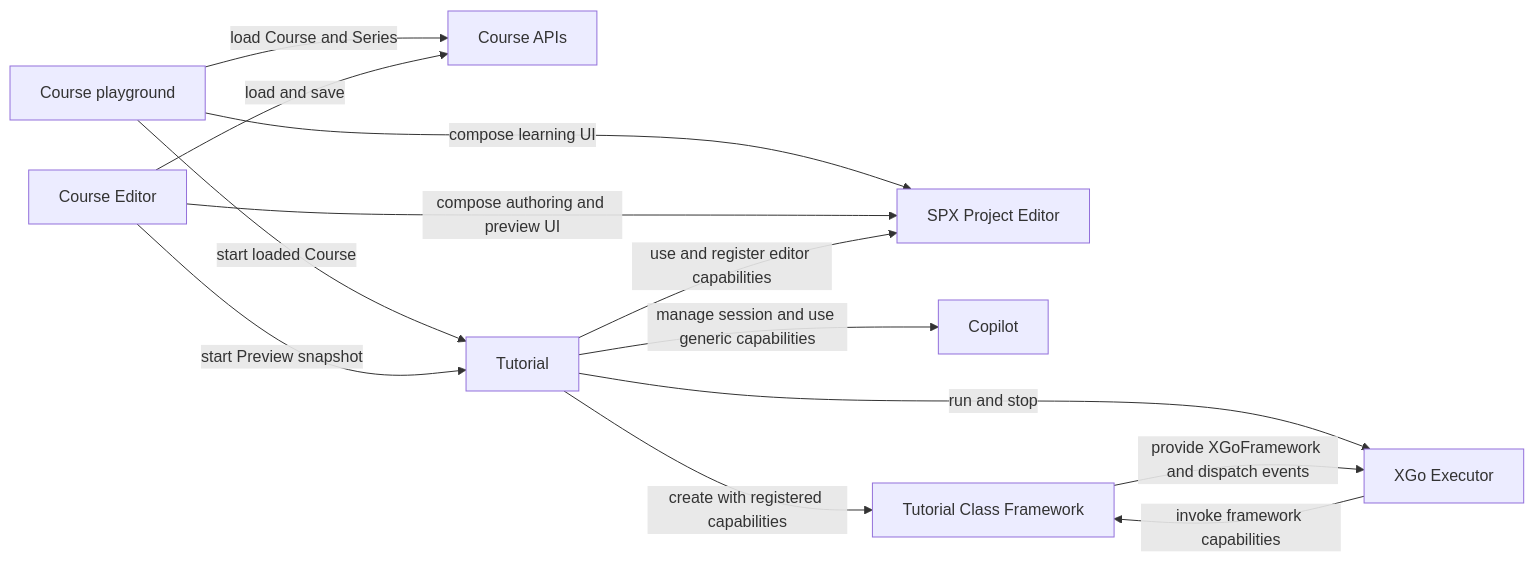
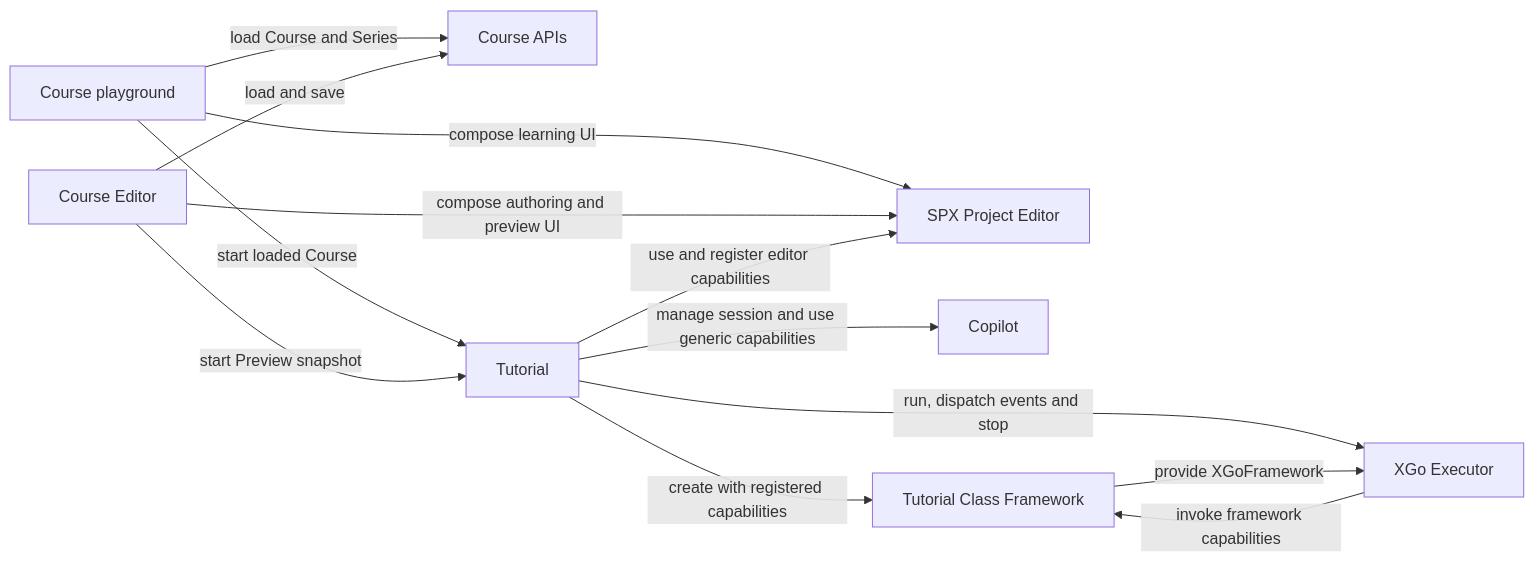
One commit to nighca/goplus-builder changed the diagram in docs/develop/tutorial-v2/index.md. Above: the diagram before and after it, drawn with Mermaid. The commit also changed other lines of this file and 2 other files, not shown here.

Commit message:
docs: refine tutorial v2 contracts

````diff
--- a/docs/develop/tutorial-v2/index.md
+++ b/docs/develop/tutorial-v2/index.md
@@ -96,18 +96,18 @@
 ```mermaid
 flowchart LR
     CoursePlayground["Course playground"] -->|load Course and Series| CourseApis["Course APIs"]
     CoursePlayground -->|compose learning UI| ProjectEditor["SPX Project Editor"]
     CoursePlayground -->|start loaded Course| Tutorial
 
     CourseEditor["Course Editor"] -->|load and save| CourseApis
     CourseEditor -->|compose authoring and preview UI| ProjectEditor
     CourseEditor -->|start Preview snapshot| Tutorial
 
     Tutorial -->|use and register editor capabilities| ProjectEditor
     Tutorial -->|manage session and use generic capabilities| Copilot
     Tutorial -->|create with registered capabilities| Framework["Tutorial Class Framework"]
-    Tutorial -->|run and stop| Executor["XGo Executor"]
+    Tutorial -->|run, dispatch events and stop| Executor["XGo Executor"]
 
-    Framework -->|provide XGoFramework and dispatch events| Executor
+    Framework -->|provide XGoFramework| Executor
     Executor -->|invoke framework capabilities| Framework
 ```
````
